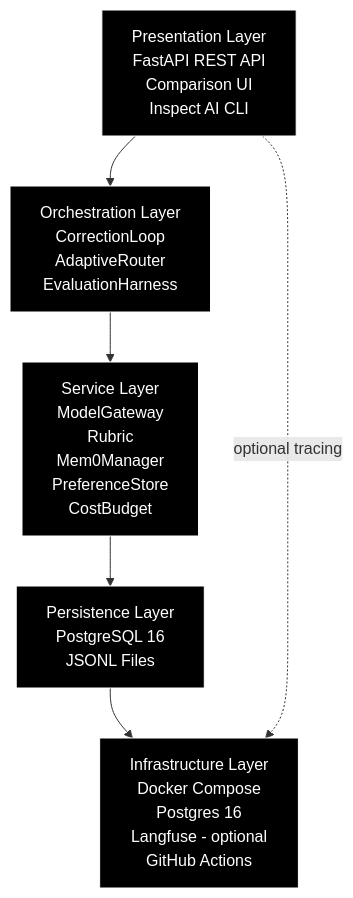
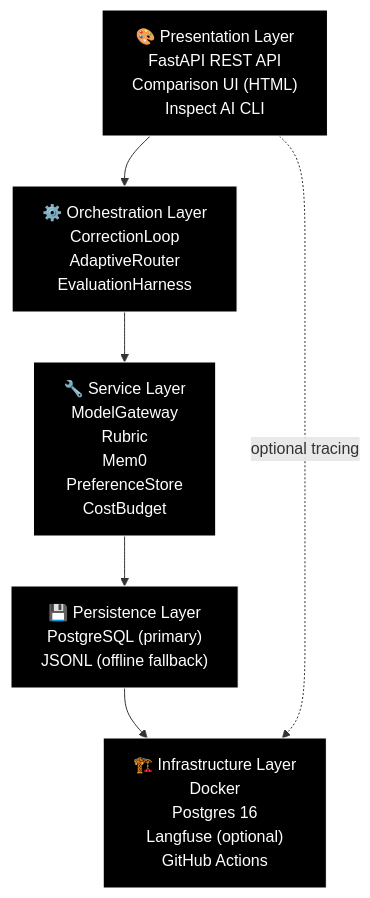
The first of 16 diagrams in docs/TECHNICAL_DIAGRAMS.md (Hasan26ozcan/Script-Supervisor), drawn with Mermaid before and after one commit. The commit also changed other lines of this file and 15 other files, not shown here.

````diff
--- a/docs/TECHNICAL_DIAGRAMS.md
+++ b/docs/TECHNICAL_DIAGRAMS.md
@@ -9,16 +16,16 @@
 ```mermaid
 graph TD
-    P["Presentation Layer<br/>FastAPI REST API<br/>Comparison UI<br/>Inspect AI CLI"]
-    O["Orchestration Layer<br/>CorrectionLoop<br/>AdaptiveRouter<br/>EvaluationHarness"]
-    S["Service Layer<br/>ModelGateway<br/>Rubric<br/>Mem0Manager<br/>PreferenceStore<br/>CostBudget"]
-    D["Persistence Layer<br/>PostgreSQL 16<br/>JSONL Files"]
-    I["Infrastructure Layer<br/>Docker Compose<br/>Postgres 16<br/>Langfuse - optional<br/>GitHub Actions"]
+    P["🎨 Presentation Layer<br/>FastAPI REST API<br/>Comparison UI (HTML)<br/>Inspect AI CLI"]
+    O["⚙️ Orchestration Layer<br/>CorrectionLoop<br/>AdaptiveRouter<br/>EvaluationHarness"]
+    S["🔧 Service Layer<br/>ModelGateway<br/>Rubric<br/>Mem0<br/>PreferenceStore<br/>CostBudget"]
+    D["💾 Persistence Layer<br/>PostgreSQL (primary)<br/>JSONL (offline fallback)"]
+    I["🏗️ Infrastructure Layer<br/>Docker<br/>Postgres 16<br/>Langfuse (optional)<br/>GitHub Actions"]
 
     P --> O
     O --> S
     S --> D
     D --> I
     P -.->|optional tracing| I
 
     classDef default fill:#000000,stroke:#ffffff,stroke-width:1px,color:#ffffff
 ```
````
